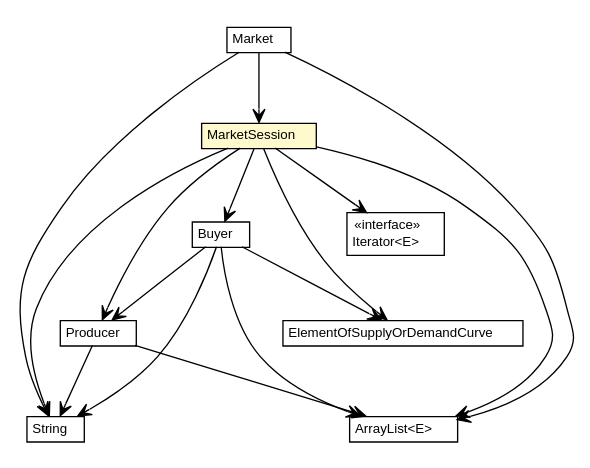
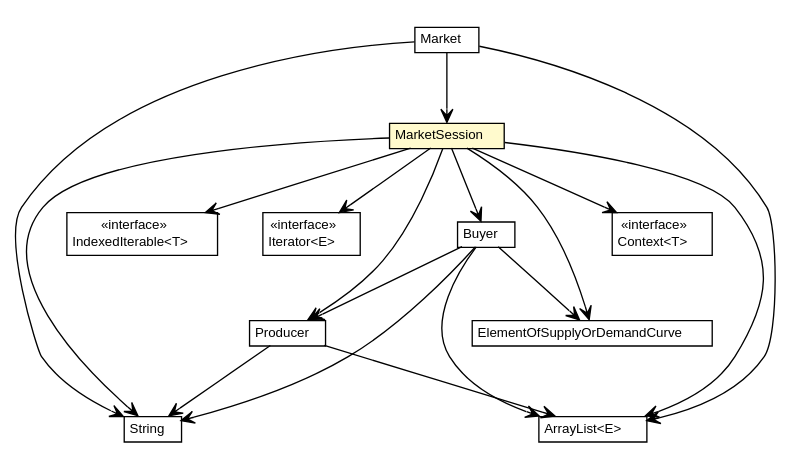
The diagram in docs/javadoc/cms/agents/MarketSession.dot (gfgprojects/cms), drawn with Graphviz before and after one commit. The commit also changed 60 other files, not shown here.

```diff
--- a/docs/javadoc/cms/agents/MarketSession.dot
+++ b/docs/javadoc/cms/agents/MarketSession.dot
@@ -1,91 +1,109 @@
 #!/usr/local/bin/dot
 #
 # Class diagram 
 # Generated by UMLGraph version R5_7_2-32-g40b5a6 (http://www.spinellis.gr/umlgraph/)
 #
 
 digraph G {
 	edge [fontname="Helvetica",fontsize=10,labelfontname="Helvetica",labelfontsize=10];
 	node [fontname="Helvetica",fontsize=10,shape=plaintext];
 	nodesep=0.25;
 	ranksep=0.5;
 	// cms.agents.Producer
-	c208 [label=<<table title="cms.agents.Producer" border="0" cellborder="1" cellspacing="0" cellpadding="2" port="p" href="./Producer.html" target="_parent">
+	c236 [label=<<table title="cms.agents.Producer" border="0" cellborder="1" cellspacing="0" cellpadding="2" port="p" href="./Producer.html" target="_parent">
 		<tr><td><table border="0" cellspacing="0" cellpadding="1">
 <tr><td align="center" balign="center"> Producer </td></tr>
 		</table></td></tr>
 		</table>>, URL="./Producer.html", fontname="Helvetica", fontcolor="black", fontsize=10.0];
 	// cms.agents.MarketSession
-	c209 [label=<<table title="cms.agents.MarketSession" border="0" cellborder="1" cellspacing="0" cellpadding="2" port="p" bgcolor="lemonChiffon" href="./MarketSession.html" target="_parent">
+	c237 [label=<<table title="cms.agents.MarketSession" border="0" cellborder="1" cellspacing="0" cellpadding="2" port="p" bgcolor="lemonChiffon" href="./MarketSession.html" target="_parent">
 		<tr><td><table border="0" cellspacing="0" cellpadding="1">
 <tr><td align="center" balign="center"> MarketSession </td></tr>
 		</table></td></tr>
 		</table>>, URL="./MarketSession.html", fontname="Helvetica", fontcolor="black", fontsize=10.0];
 	// cms.agents.Market
-	c210 [label=<<table title="cms.agents.Market" border="0" cellborder="1" cellspacing="0" cellpadding="2" port="p" href="./Market.html" target="_parent">
+	c238 [label=<<table title="cms.agents.Market" border="0" cellborder="1" cellspacing="0" cellpadding="2" port="p" href="./Market.html" target="_parent">
 		<tr><td><table border="0" cellspacing="0" cellpadding="1">
 <tr><td align="center" balign="center"> Market </td></tr>
 		</table></td></tr>
 		</table>>, URL="./Market.html", fontname="Helvetica", fontcolor="black", fontsize=10.0];
 	// cms.agents.Buyer
-	c211 [label=<<table title="cms.agents.Buyer" border="0" cellborder="1" cellspacing="0" cellpadding="2" port="p" href="./Buyer.html" target="_parent">
+	c239 [label=<<table title="cms.agents.Buyer" border="0" cellborder="1" cellspacing="0" cellpadding="2" port="p" href="./Buyer.html" target="_parent">
 		<tr><td><table border="0" cellspacing="0" cellpadding="1">
 <tr><td align="center" balign="center"> Buyer </td></tr>
 		</table></td></tr>
 		</table>>, URL="./Buyer.html", fontname="Helvetica", fontcolor="black", fontsize=10.0];
 	// cms.utils.ElementOfSupplyOrDemandCurve
-	c215 [label=<<table title="cms.utils.ElementOfSupplyOrDemandCurve" border="0" cellborder="1" cellspacing="0" cellpadding="2" port="p" href="../utils/ElementOfSupplyOrDemandCurve.html" target="_parent">
+	c243 [label=<<table title="cms.utils.ElementOfSupplyOrDemandCurve" border="0" cellborder="1" cellspacing="0" cellpadding="2" port="p" href="../utils/ElementOfSupplyOrDemandCurve.html" target="_parent">
 		<tr><td><table border="0" cellspacing="0" cellpadding="1">
 <tr><td align="center" balign="center"> ElementOfSupplyOrDemandCurve </td></tr>
 		</table></td></tr>
 		</table>>, URL="../utils/ElementOfSupplyOrDemandCurve.html", fontname="Helvetica", fontcolor="black", fontsize=10.0];
 	// cms.agents.Producer NAVASSOC java.lang.String
-	c208:p -> c219:p [taillabel="", label="", headlabel="", fontname="Helvetica", fontcolor="black", fontsize=10.0, color="black", arrowhead=open];
+	c236:p -> c247:p [taillabel="", label="", headlabel="", fontname="Helvetica", fontcolor="black", fontsize=10.0, color="black", arrowhead=open];
 	// cms.agents.Producer NAVASSOC java.util.ArrayList<E>
-	c208:p -> c220:p [taillabel="", label="", headlabel="", fontname="Helvetica", fontcolor="black", fontsize=10.0, color="black", arrowhead=open];
+	c236:p -> c248:p [taillabel="", label="", headlabel="", fontname="Helvetica", fontcolor="black", fontsize=10.0, color="black", arrowhead=open];
 	// cms.agents.MarketSession NAVASSOC java.lang.String
-	c209:p -> c219:p [taillabel="", label="", headlabel="", fontname="Helvetica", fontcolor="black", fontsize=10.0, color="black", arrowhead=open];
+	c237:p -> c247:p [taillabel="", label="", headlabel="", fontname="Helvetica", fontcolor="black", fontsize=10.0, color="black", arrowhead=open];
+	// cms.agents.MarketSession NAVASSOC repast.simphony.context.Context<T>
+	c237:p -> c249:p [taillabel="", label="", headlabel="", fontname="Helvetica", fontcolor="black", fontsize=10.0, color="black", arrowhead=open];
 	// cms.agents.MarketSession NAVASSOC cms.agents.Producer
-	c209:p -> c208:p [taillabel="", label="", headlabel="", fontname="Helvetica", fontcolor="black", fontsize=10.0, color="black", arrowhead=open];
+	c237:p -> c236:p [taillabel="", label="", headlabel="", fontname="Helvetica", fontcolor="black", fontsize=10.0, color="black", arrowhead=open];
 	// cms.agents.MarketSession NAVASSOC cms.agents.Buyer
-	c209:p -> c211:p [taillabel="", label="", headlabel="", fontname="Helvetica", fontcolor="black", fontsize=10.0, color="black", arrowhead=open];
+	c237:p -> c239:p [taillabel="", label="", headlabel="", fontname="Helvetica", fontcolor="black", fontsize=10.0, color="black", arrowhead=open];
+	// cms.agents.MarketSession NAVASSOC repast.simphony.util.collections.IndexedIterable<T>
+	c237:p -> c250:p [taillabel="", label="", headlabel="", fontname="Helvetica", fontcolor="black", fontsize=10.0, color="black", arrowhead=open];
 	// cms.agents.MarketSession NAVASSOC java.util.ArrayList<E>
-	c209:p -> c220:p [taillabel="", label="", headlabel="", fontname="Helvetica", fontcolor="black", fontsize=10.0, color="black", arrowhead=open];
+	c237:p -> c248:p [taillabel="", label="", headlabel="", fontname="Helvetica", fontcolor="black", fontsize=10.0, color="black", arrowhead=open];
 	// cms.agents.MarketSession NAVASSOC cms.utils.ElementOfSupplyOrDemandCurve
-	c209:p -> c215:p [taillabel="", label="", headlabel="", fontname="Helvetica", fontcolor="black", fontsize=10.0, color="black", arrowhead=open];
+	c237:p -> c243:p [taillabel="", label="", headlabel="", fontname="Helvetica", fontcolor="black", fontsize=10.0, color="black", arrowhead=open];
 	// cms.agents.MarketSession NAVASSOC java.util.Iterator<E>
-	c209:p -> c221:p [taillabel="", label="", headlabel="", fontname="Helvetica", fontcolor="black", fontsize=10.0, color="black", arrowhead=open];
+	c237:p -> c251:p [taillabel="", label="", headlabel="", fontname="Helvetica", fontcolor="black", fontsize=10.0, color="black", arrowhead=open];
 	// cms.agents.Market NAVASSOC java.lang.String
-	c210:p -> c219:p [taillabel="", label="", headlabel="", fontname="Helvetica", fontcolor="black", fontsize=10.0, color="black", arrowhead=open];
+	c238:p -> c247:p [taillabel="", label="", headlabel="", fontname="Helvetica", fontcolor="black", fontsize=10.0, color="black", arrowhead=open];
 	// cms.agents.Market NAVASSOC java.util.ArrayList<E>
-	c210:p -> c220:p [taillabel="", label="", headlabel="", fontname="Helvetica", fontcolor="black", fontsize=10.0, color="black", arrowhead=open];
+	c238:p -> c248:p [taillabel="", label="", headlabel="", fontname="Helvetica", fontcolor="black", fontsize=10.0, color="black", arrowhead=open];
 	// cms.agents.Market NAVASSOC cms.agents.MarketSession
-	c210:p -> c209:p [taillabel="", label="", headlabel="", fontname="Helvetica", fontcolor="black", fontsize=10.0, color="black", arrowhead=open];
+	c238:p -> c237:p [taillabel="", label="", headlabel="", fontname="Helvetica", fontcolor="black", fontsize=10.0, color="black", arrowhead=open];
 	// cms.agents.Buyer NAVASSOC java.lang.String
-	c211:p -> c219:p [taillabel="", label="", headlabel="", fontname="Helvetica", fontcolor="black", fontsize=10.0, color="black", arrowhead=open];
+	c239:p -> c247:p [taillabel="", label="", headlabel="", fontname="Helvetica", fontcolor="black", fontsize=10.0, color="black", arrowhead=open];
 	// cms.agents.Buyer NAVASSOC java.util.ArrayList<E>
-	c211:p -> c220:p [taillabel="", label="", headlabel="", fontname="Helvetica", fontcolor="black", fontsize=10.0, color="black", arrowhead=open];
+	c239:p -> c248:p [taillabel="", label="", headlabel="", fontname="Helvetica", fontcolor="black", fontsize=10.0, color="black", arrowhead=open];
 	// cms.agents.Buyer NAVASSOC cms.utils.ElementOfSupplyOrDemandCurve
-	c211:p -> c215:p [taillabel="", label="", headlabel="", fontname="Helvetica", fontcolor="black", fontsize=10.0, color="black", arrowhead=open];
+	c239:p -> c243:p [taillabel="", label="", headlabel="", fontname="Helvetica", fontcolor="black", fontsize=10.0, color="black", arrowhead=open];
 	// cms.agents.Buyer NAVASSOC cms.agents.Producer
-	c211:p -> c208:p [taillabel="", label="", headlabel="", fontname="Helvetica", fontcolor="black", fontsize=10.0, color="black", arrowhead=open];
+	c239:p -> c236:p [taillabel="", label="", headlabel="", fontname="Helvetica", fontcolor="black", fontsize=10.0, color="black", arrowhead=open];
+	// repast.simphony.context.Context<T>
+	c249 [label=<<table title="repast.simphony.context.Context" border="0" cellborder="1" cellspacing="0" cellpadding="2" port="p" href="http://docs.oracle.com/javase/7/docs/api/repast/simphony/context/Context.html" target="_parent">
+		<tr><td><table border="0" cellspacing="0" cellpadding="1">
+<tr><td align="center" balign="center"> &#171;interface&#187; </td></tr>
+<tr><td align="center" balign="center"> Context&lt;T&gt; </td></tr>
+		</table></td></tr>
+		</table>>, URL="http://docs.oracle.com/javase/7/docs/api/repast/simphony/context/Context.html", fontname="Helvetica", fontcolor="black", fontsize=10.0];
 	// java.util.Iterator<E>
-	c221 [label=<<table title="java.util.Iterator" border="0" cellborder="1" cellspacing="0" cellpadding="2" port="p" href="http://docs.oracle.com/javase/7/docs/api/java/util/Iterator.html" target="_parent">
+	c251 [label=<<table title="java.util.Iterator" border="0" cellborder="1" cellspacing="0" cellpadding="2" port="p" href="http://docs.oracle.com/javase/7/docs/api/java/util/Iterator.html" target="_parent">
 		<tr><td><table border="0" cellspacing="0" cellpadding="1">
 <tr><td align="center" balign="center"> &#171;interface&#187; </td></tr>
 <tr><td align="center" balign="center"> Iterator&lt;E&gt; </td></tr>
 		</table></td></tr>
 		</table>>, URL="http://docs.oracle.com/javase/7/docs/api/java/util/Iterator.html", fontname="Helvetica", fontcolor="black", fontsize=10.0];
 	// java.util.ArrayList<E>
-	c220 [label=<<table title="java.util.ArrayList" border="0" cellborder="1" cellspacing="0" cellpadding="2" port="p" href="http://docs.oracle.com/javase/7/docs/api/java/util/ArrayList.html" target="_parent">
+	c248 [label=<<table title="java.util.ArrayList" border="0" cellborder="1" cellspacing="0" cellpadding="2" port="p" href="http://docs.oracle.com/javase/7/docs/api/java/util/ArrayList.html" target="_parent">
 		<tr><td><table border="0" cellspacing="0" cellpadding="1">
 <tr><td align="center" balign="center"> ArrayList&lt;E&gt; </td></tr>
 		</table></td></tr>
 		</table>>, URL="http://docs.oracle.com/javase/7/docs/api/java/util/ArrayList.html", fontname="Helvetica", fontcolor="black", fontsize=10.0];
+	// repast.simphony.util.collections.IndexedIterable<T>
+	c250 [label=<<table title="repast.simphony.util.collections.IndexedIterable" border="0" cellborder="1" cellspacing="0" cellpadding="2" port="p" href="http://docs.oracle.com/javase/7/docs/api/repast/simphony/util/collections/IndexedIterable.html" target="_parent">
+		<tr><td><table border="0" cellspacing="0" cellpadding="1">
+<tr><td align="center" balign="center"> &#171;interface&#187; </td></tr>
+<tr><td align="center" balign="center"> IndexedIterable&lt;T&gt; </td></tr>
+		</table></td></tr>
+		</table>>, URL="http://docs.oracle.com/javase/7/docs/api/repast/simphony/util/collections/IndexedIterable.html", fontname="Helvetica", fontcolor="black", fontsize=10.0];
 	// java.lang.String
-	c219 [label=<<table title="java.lang.String" border="0" cellborder="1" cellspacing="0" cellpadding="2" port="p" href="http://docs.oracle.com/javase/7/docs/api/java/lang/String.html" target="_parent">
+	c247 [label=<<table title="java.lang.String" border="0" cellborder="1" cellspacing="0" cellpadding="2" port="p" href="http://docs.oracle.com/javase/7/docs/api/java/lang/String.html" target="_parent">
 		<tr><td><table border="0" cellspacing="0" cellpadding="1">
 <tr><td align="center" balign="center"> String </td></tr>
 		</table></td></tr>
 		</table>>, URL="http://docs.oracle.com/javase/7/docs/api/java/lang/String.html", fontname="Helvetica", fontcolor="black", fontsize=10.0];
 }
```
